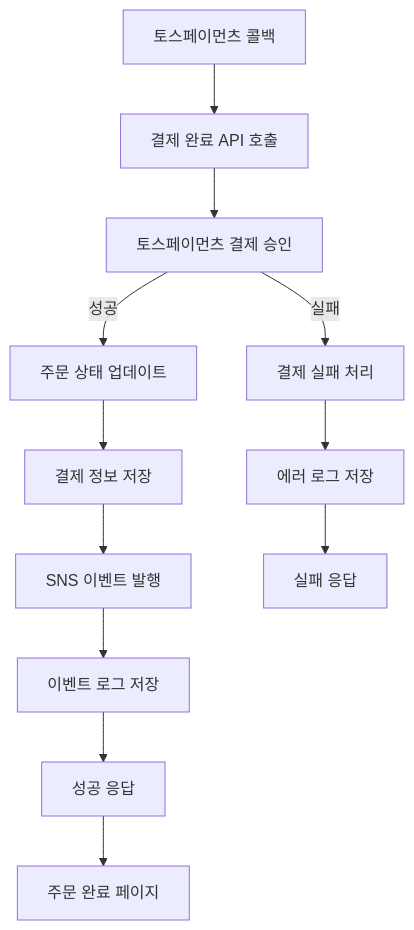
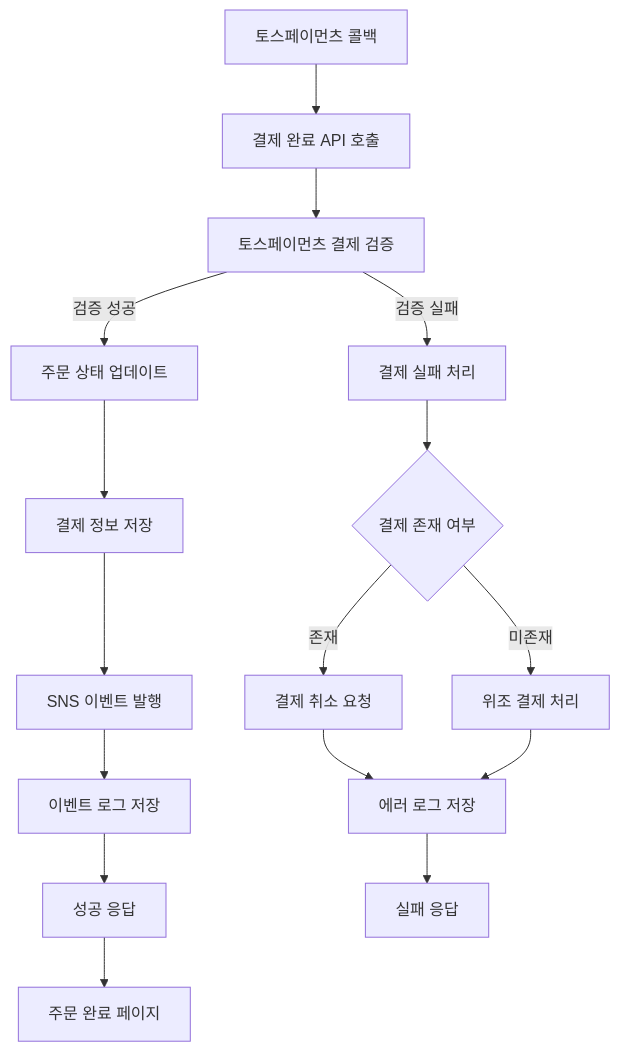
Before and after one commit to easdkr/tech-blog: the fourth of 10 diagrams in docs/posts/order/migration-design.md, drawn with Mermaid. The commit also changed other lines of this file, not shown here.

First line of the commit message:
docs : 주문 및 결제 프로세스 문서 업데이트

````diff
--- a/docs/posts/order/migration-design.md
+++ b/docs/posts/order/migration-design.md
@@ -121,16 +216,20 @@
 ```mermaid
 flowchart TD
     A[토스페이먼츠 콜백] --> B[결제 완료 API 호출]
-    B --> C[토스페이먼츠 결제 승인]
-    C -->|실패| D[결제 실패 처리]
-    C -->|성공| E[주문 상태 업데이트]
+    B --> C[토스페이먼츠 결제 검증]
+    C -->|검증 실패| D[결제 실패 처리]
+    C -->|검증 성공| E[주문 상태 업데이트]
     E --> F[결제 정보 저장]
     F --> G[SNS 이벤트 발행]
     G --> H[이벤트 로그 저장]
     H --> I[성공 응답]
     I --> J[주문 완료 페이지]
 
-    D --> K[에러 로그 저장]
-    K --> L[실패 응답]
+    D --> K{결제 존재 여부}
+    K -->|존재| L[결제 취소 요청]
+    K -->|미존재| M[위조 결제 처리]
+    L --> N[에러 로그 저장]
+    M --> N
+    N --> O[실패 응답]
 
 ```
````
